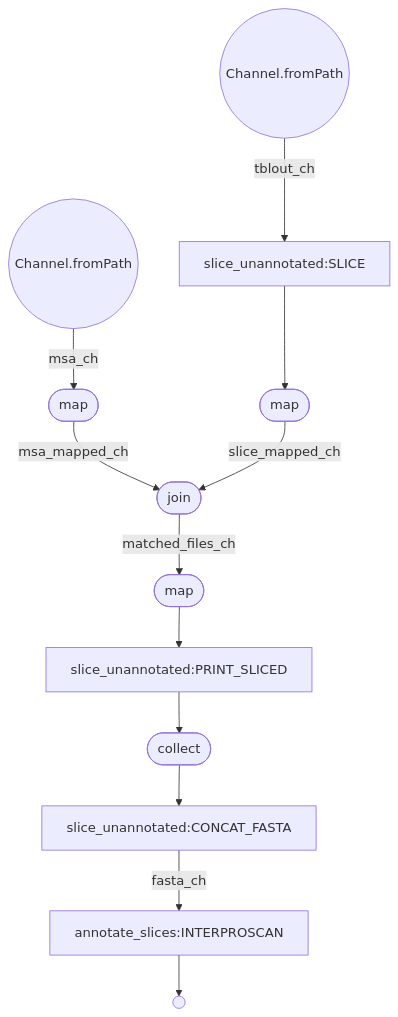
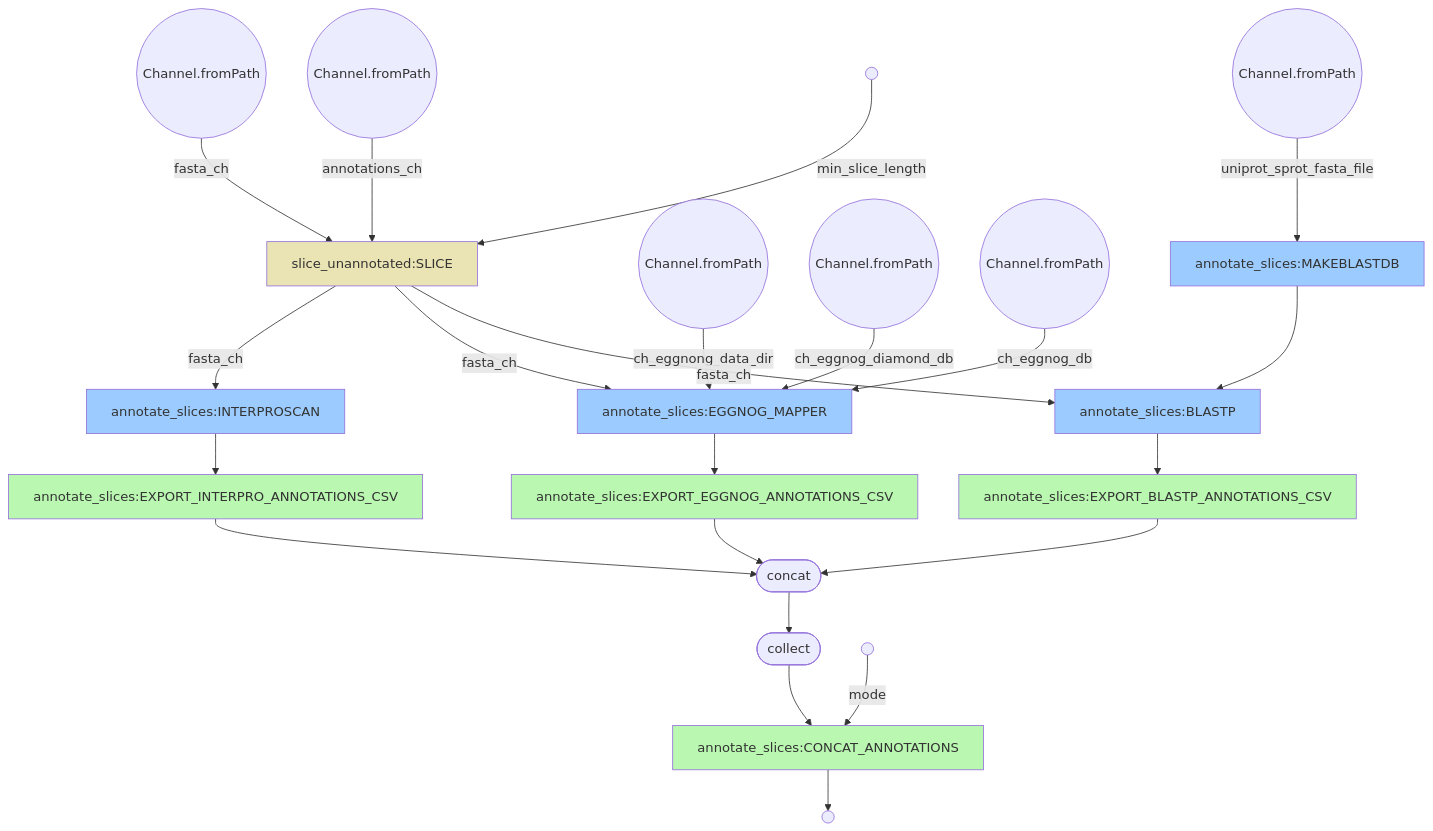
The diagram in flowchart_slices.mmd (EBI-Metagenomics/mgnifams), drawn with Mermaid before and after one commit. The commit also changed 5 other files, not shown here.

```diff
--- a/flowchart_slices.mmd
+++ b/flowchart_slices.mmd
@@ -1,24 +1,51 @@
 flowchart TD
     p0((Channel.fromPath))
     p1((Channel.fromPath))
-    p2([map])
+    p2(( ))
     p3[slice_unannotated:SLICE]
-    p4([map])
-    p5([join])
-    p6([map])
-    p7[slice_unannotated:PRINT_SLICED]
-    p8([collect])
-    p9[slice_unannotated:CONCAT_FASTA]
-    p10[annotate_slices:INTERPROSCAN]
-    p11(( ))
-    p0 -->|msa_ch| p2
-    p1 -->|tblout_ch| p3
-    p2 -->|msa_mapped_ch| p5
-    p3 --> p4
-    p4 -->|slice_mapped_ch| p5
-    p5 -->|matched_files_ch| p6
-    p6 --> p7
-    p7 --> p8
-    p8 --> p9
-    p9 -->|fasta_ch| p10
+    style p3 fill:#eae3b3
+    p4((Channel.fromPath))
+    p5((Channel.fromPath))
+    p6((Channel.fromPath))
+    p7((Channel.fromPath))
+    p8[annotate_slices:INTERPROSCAN]
+    style p8 fill:#9cccff
+    p9[annotate_slices:EGGNOG_MAPPER]
+    style p9 fill:#9cccff
+    p10[annotate_slices:MAKEBLASTDB]
+    style p10 fill:#9cccff
+    p11[annotate_slices:BLASTP]
+    style p11 fill:#9cccff
+    p12[annotate_slices:EXPORT_INTERPRO_ANNOTATIONS_CSV]
+    style p12 fill:#baf8b1
+    p13[annotate_slices:EXPORT_EGGNOG_ANNOTATIONS_CSV]
+    style p13 fill:#baf8b1
+    p14[annotate_slices:EXPORT_BLASTP_ANNOTATIONS_CSV]
+    style p14 fill:#baf8b1
+    p15([concat])
+    p16([collect])
+    p17(( ))
+    p18[annotate_slices:CONCAT_ANNOTATIONS]
+    style p18 fill:#baf8b1
+    p19(( ))
+    p0 -->|fasta_ch| p3
+    p1 -->|annotations_ch| p3
+    p2 -->|min_slice_length| p3
+    p3 -->|fasta_ch| p8
+    p4 -->|ch_eggnong_data_dir| p9
+    p5 -->|ch_eggnog_diamond_db| p9
+    p6 -->|ch_eggnog_db| p9
+    p7 -->|uniprot_sprot_fasta_file| p10
+    p8 --> p12
+    p3 -->|fasta_ch| p9
+    p9 --> p13
     p10 --> p11
+    p3 -->|fasta_ch| p11
+    p11 --> p14
+    p12 --> p15
+    p13 --> p15
+    p14 --> p15
+    p15 --> p16
+    p16 --> p18
+    p17 -->|mode| p18
+    p18 --> p19
```
